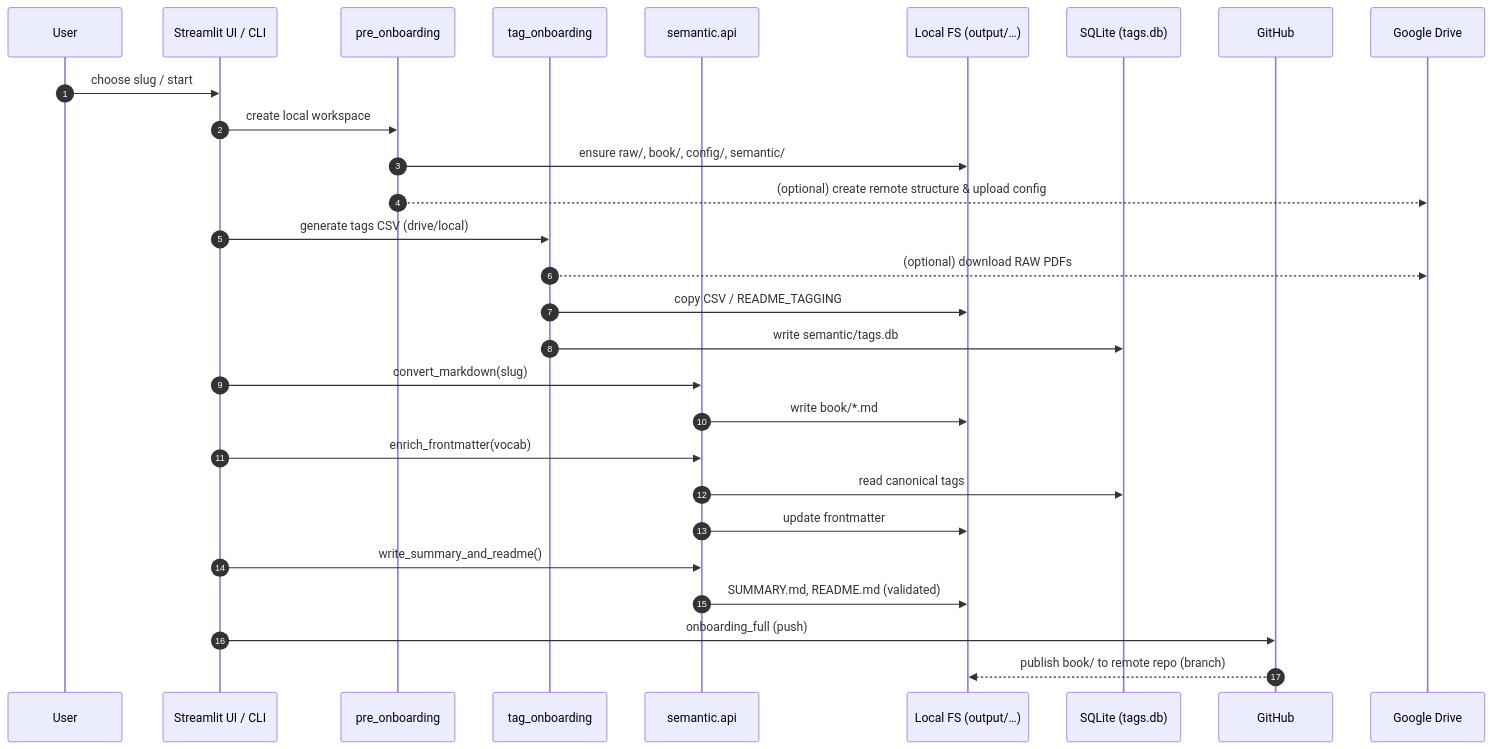
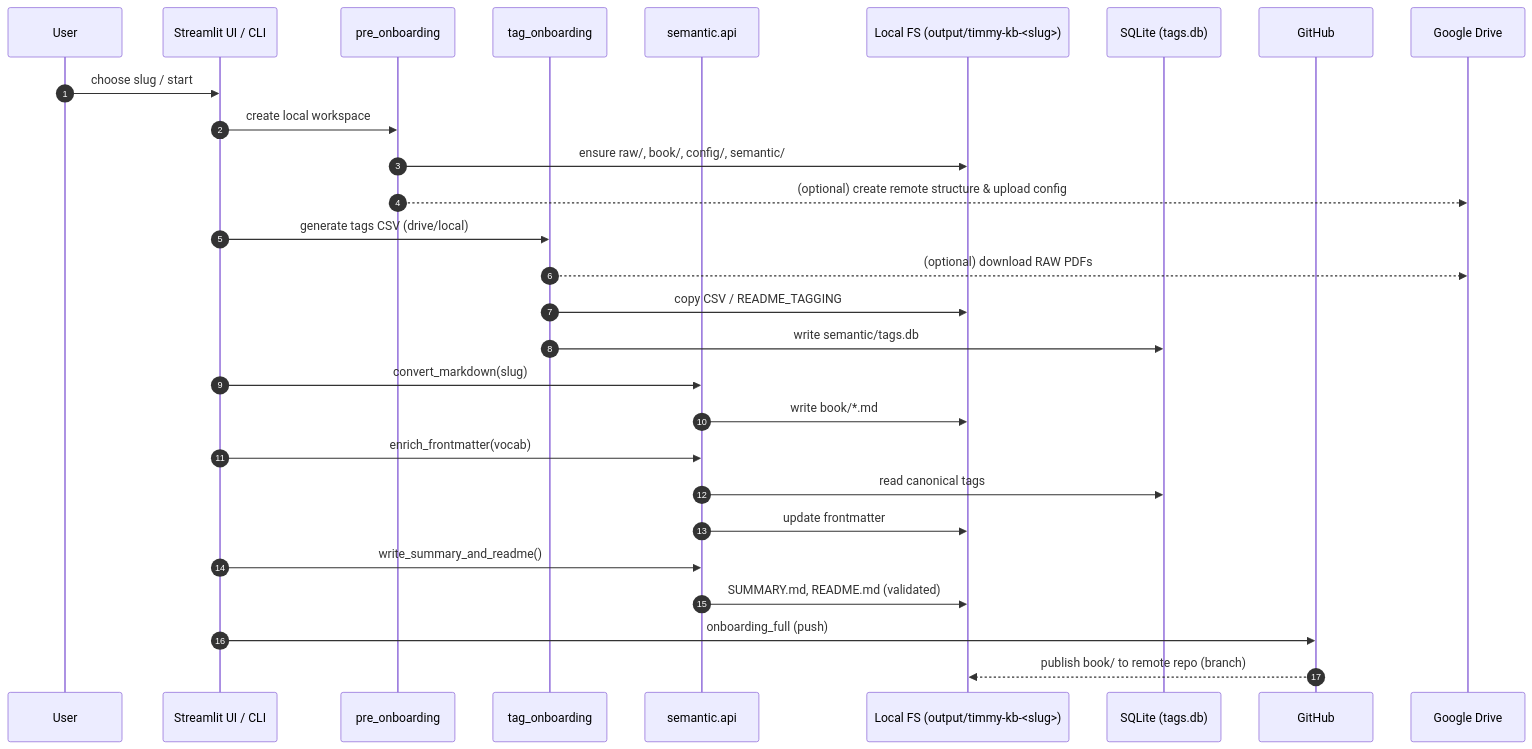
The second of 2 diagrams in docs/architecture.md (nextybase/timmy-kb-acme), drawn with Mermaid before and after one commit. The commit also changed other lines of this file and 18 other files, not shown here.

````diff
--- a/docs/architecture.md
+++ b/docs/architecture.md
@@ -87,34 +86,34 @@
 ```mermaid
 sequenceDiagram
     autonumber
     participant User
     participant UI as Streamlit UI / CLI
     participant PRE as pre_onboarding
     participant TAG as tag_onboarding
     participant SEM as semantic.api
-    participant FS as Local FS (output/…)
+    participant FS as Local FS (output/timmy-kb-<slug>)
     participant DB as SQLite (tags.db)
     participant GH as GitHub
     participant DRV as Google Drive
 
     User->>UI: choose slug / start
     UI->>PRE: create local workspace
     PRE->>FS: ensure raw/, book/, config/, semantic/
     PRE-->>DRV: (optional) create remote structure & upload config
 
     UI->>TAG: generate tags CSV (drive/local)
     TAG-->>DRV: (optional) download RAW PDFs
     TAG->>FS: copy CSV / README_TAGGING
     TAG->>DB: write semantic/tags.db
 
     UI->>SEM: convert_markdown(slug)
     SEM->>FS: write book/*.md
     UI->>SEM: enrich_frontmatter(vocab)
     SEM->>DB: read canonical tags
     SEM->>FS: update frontmatter
     UI->>SEM: write_summary_and_readme()
     SEM->>FS: SUMMARY.md, README.md (validated)
 
     UI->>GH: onboarding_full (push)
     GH-->>FS: publish book/ to remote repo (branch)
 ```
````
